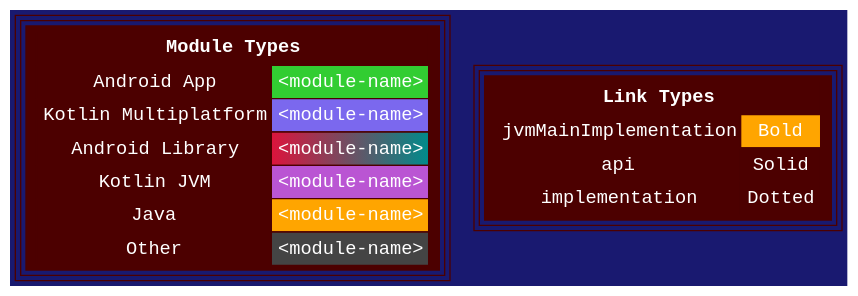
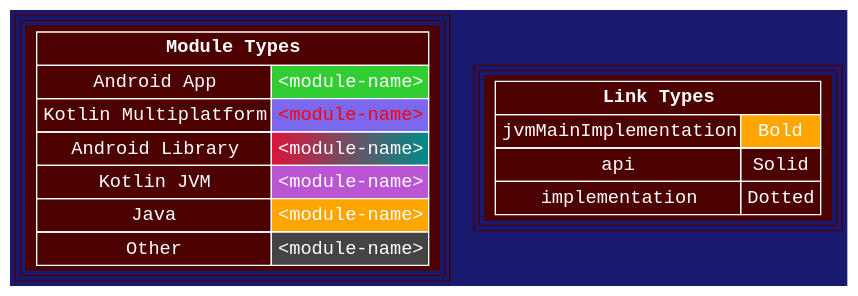
One commit to jonapoul/atlas changed the diagram in samples/sample-graphviz/atlas/legend.dot. Above: the diagram before and after it, drawn with Graphviz. The commit also changed 2 other files, not shown here.

```diff
--- a/samples/sample-graphviz/atlas/legend.dot
+++ b/samples/sample-graphviz/atlas/legend.dot
@@ -1,24 +1,24 @@
 digraph {
   node [fontname="Courier New",peripheries="3",style="filled",shape="plaintext",color="#4C0000",fontcolor="white"]
   edge [arrowhead="ediamond",arrowtail="none",fontcolor="white",labelfloat="false",color="red"]
   graph [bgcolor="MidnightBlue",fontsize="30",rankdir="TB",ranksep="1.5"]
   modules [label=<
-  <TABLE BORDER="0" CELLBORDER="1" CELLSPACING="0" CELLPADDING="4">
+  <TABLE BORDER="0" CELLBORDER="1" CELLSPACING="0" CELLPADDING="4" COLOR="white">
     <TR><TD COLSPAN="2"><B>Module Types</B></TD></TR>
     <TR><TD>Android App</TD><TD BGCOLOR="limegreen">&lt;module-name&gt;</TD></TR>
-    <TR><TD>Kotlin Multiplatform</TD><TD BGCOLOR="mediumslateblue">&lt;module-name&gt;</TD></TR>
+    <TR><TD>Kotlin Multiplatform</TD><TD BGCOLOR="mediumslateblue"><FONT COLOR="red">&lt;module-name&gt;</FONT></TD></TR>
     <TR><TD>Android Library</TD><TD BGCOLOR="crimson:cyan4">&lt;module-name&gt;</TD></TR>
     <TR><TD>Kotlin JVM</TD><TD BGCOLOR="mediumorchid">&lt;module-name&gt;</TD></TR>
     <TR><TD>Java</TD><TD BGCOLOR="orange">&lt;module-name&gt;</TD></TR>
     <TR><TD>Other</TD><TD BGCOLOR="#444444">&lt;module-name&gt;</TD></TR>
   </TABLE>
   >];
   links [label=<
-  <TABLE BORDER="0" CELLBORDER="1" CELLSPACING="0" CELLPADDING="4">
+  <TABLE BORDER="0" CELLBORDER="1" CELLSPACING="0" CELLPADDING="4" COLOR="white">
     <TR><TD COLSPAN="2"><B>Link Types</B></TD></TR>
     <TR><TD>jvmMainImplementation</TD><TD BGCOLOR="orange">Bold</TD></TR>
     <TR><TD>api</TD><TD>Solid</TD></TR>
     <TR><TD>implementation</TD><TD>Dotted</TD></TR>
   </TABLE>
   >];
 }
```
